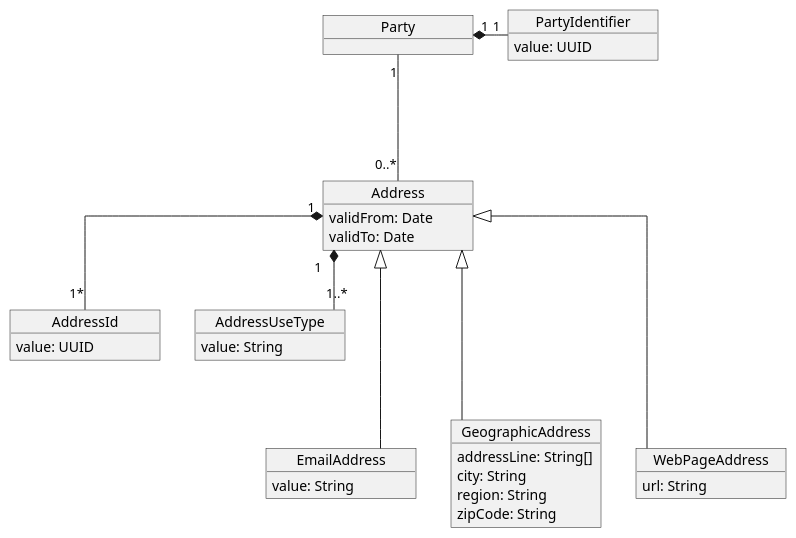
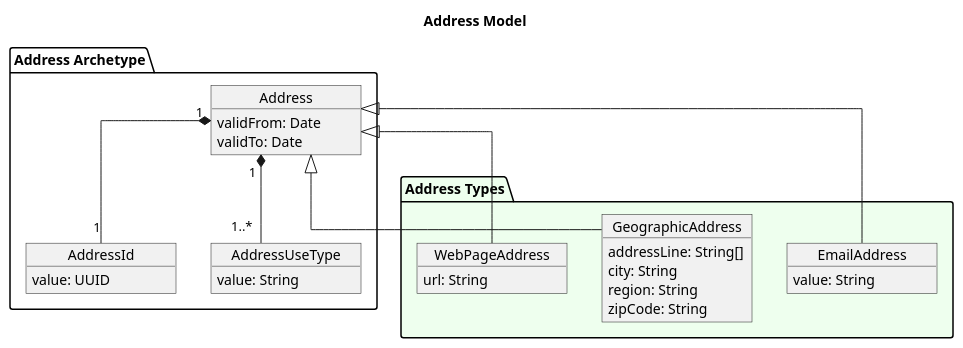
The diagram in party/diagrams/party-addresses-model.puml (Software-Archetypes/archetypes), drawn with PlantUML before and after one commit. The commit also changed 206 other files, not shown here.

```diff
--- a/party/diagrams/party-addresses-model.puml
+++ b/party/diagrams/party-addresses-model.puml
@@ -1,41 +1,47 @@
 @startuml
 skinparam MinClassWidth 150
 skinparam linetype ortho
+title Address Model
 
-object Party
-object PartyIdentifier {
-  value: UUID
+' ===== ADDRESS =====
+package "Address Archetype" {
+  object Address {
+    validFrom: Date
+    validTo: Date
+  }
+
+  object AddressId {
+    value: UUID
+  }
+
+  object AddressUseType {
+    value: String
+  }
+
+  Address "1" *-- "1" AddressId
+  Address "1" *-- "1..*" AddressUseType
 }
 
-object Address {
-  validFrom: Date
-  validTo: Date
-}
-object AddressId {
-  value: UUID
-}
-object AddressUseType {
-  value: String
-}
-object EmailAddress {
-  value: String
-}
-object GeographicAddress {
-  addressLine: String[]
-  city: String
-  region: String
-  zipCode: String
-}
-object WebPageAddress {
-  url: String
+' ===== ADDRESS TYPES =====
+package "Address Types" #EEFFEE {
+  object EmailAddress {
+    value: String
+  }
+
+  object GeographicAddress {
+    addressLine: String[]
+    city: String
+    region: String
+    zipCode: String
+  }
+
+  object WebPageAddress {
+    url: String
+  }
+
+  EmailAddress -up-|> Address
+  GeographicAddress -up-|> Address
+  WebPageAddress -up-|> Address
 }
 
-Party "1" *- "1" PartyIdentifier
-Party "1" --- "0..*" Address
-Address "1" *-- "1..*" AddressUseType
-Address "1" *-- "1*" AddressId
-
-EmailAddress --up-|> Address
-GeographicAddress --up-|> Address
-WebPageAddress --up-|> Address
 @enduml
```
